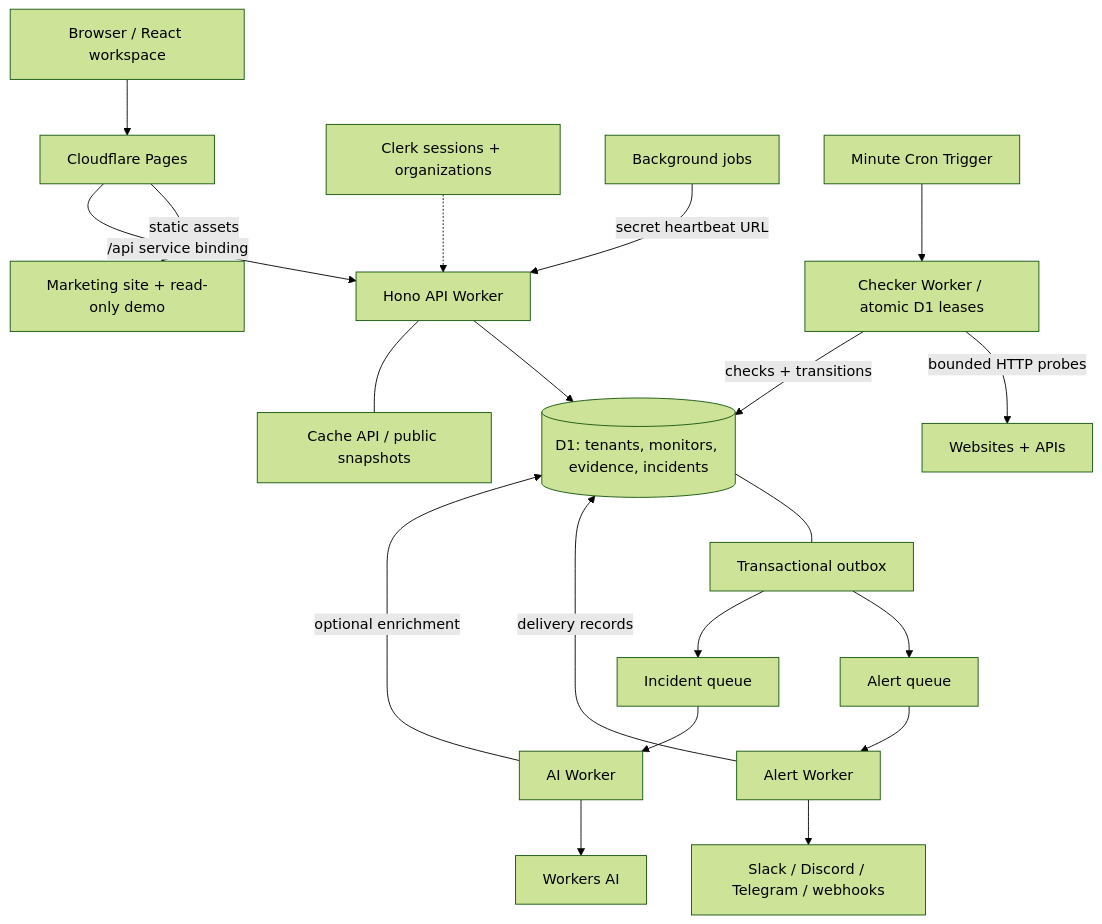
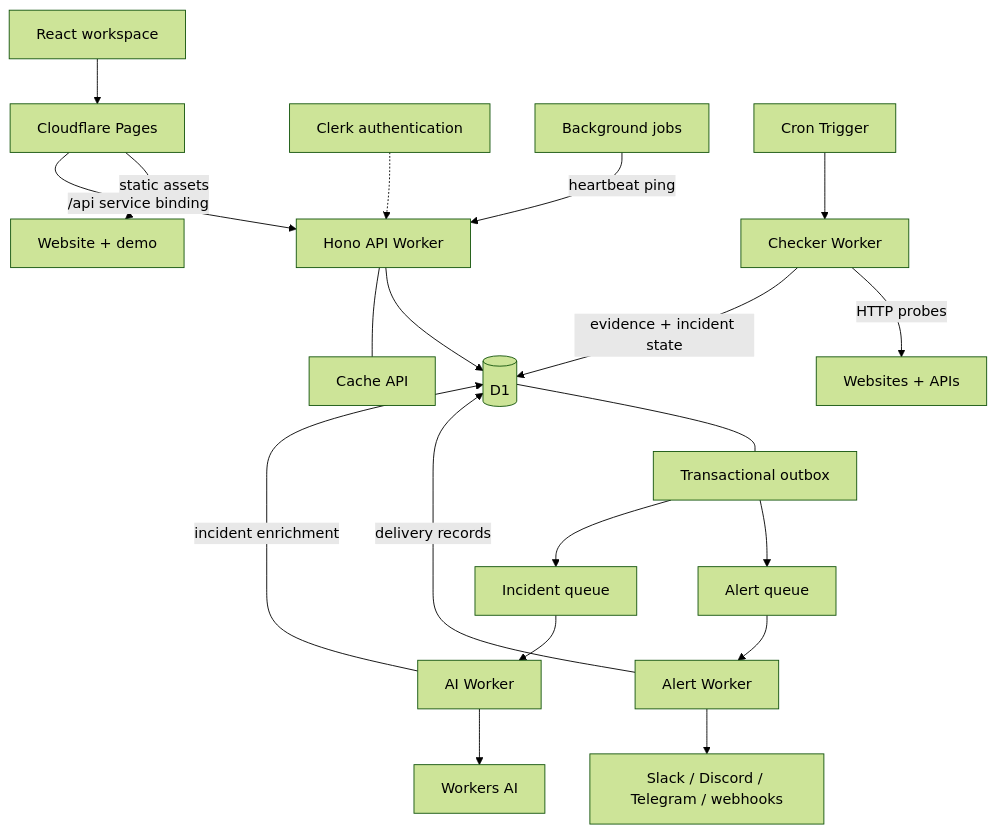
One commit to DebadityaHait/pulseflare changed the diagram in README.md. Above: the diagram before and after it, drawn with Mermaid (forest theme). The commit also changed other lines of this file and 15 other files, not shown here.

````diff
--- a/README.md
+++ b/README.md
@@ -37,22 +55,22 @@
 ```mermaid
 flowchart TB
-  Browser["Browser / React workspace"] --> Pages["Cloudflare Pages"]
-  Pages -->|"static assets"| Static["Marketing site + read-only demo"]
+  Browser["React workspace"] --> Pages["Cloudflare Pages"]
+  Pages -->|"static assets"| Static["Website + demo"]
   Pages -->|"/api service binding"| API["Hono API Worker"]
-  Clerk["Clerk sessions + organizations"] -.-> API
-  Jobs["Background jobs"] -->|"secret heartbeat URL"| API
-  API --> D1[("D1: tenants, monitors, evidence, incidents")]
-  Cron["Minute Cron Trigger"] --> Checker["Checker Worker / atomic D1 leases"]
-  Checker -->|"bounded HTTP probes"| Endpoints["Websites + APIs"]
-  Checker -->|"checks + transitions"| D1
+  Clerk["Clerk authentication"] -.-> API
+  Jobs["Background jobs"] -->|"heartbeat ping"| API
+  API --> D1[("D1")]
+  Cron["Cron Trigger"] --> Checker["Checker Worker"]
+  Checker -->|"HTTP probes"| Endpoints["Websites + APIs"]
+  Checker -->|"evidence + incident state"| D1
   D1 --- Outbox["Transactional outbox"]
   Outbox --> AQ["Alert queue"]
   Outbox --> IQ["Incident queue"]
   AQ --> Alert["Alert Worker"]
   Alert --> Providers["Slack / Discord / Telegram / webhooks"]
   IQ --> AI["AI Worker"]
   AI --> WAI["Workers AI"]
-  AI -->|"optional enrichment"| D1
+  AI -->|"incident enrichment"| D1
   Alert -->|"delivery records"| D1
-  API --- Cache["Cache API / public snapshots"]
+  API --- Cache["Cache API"]
 ```
````
